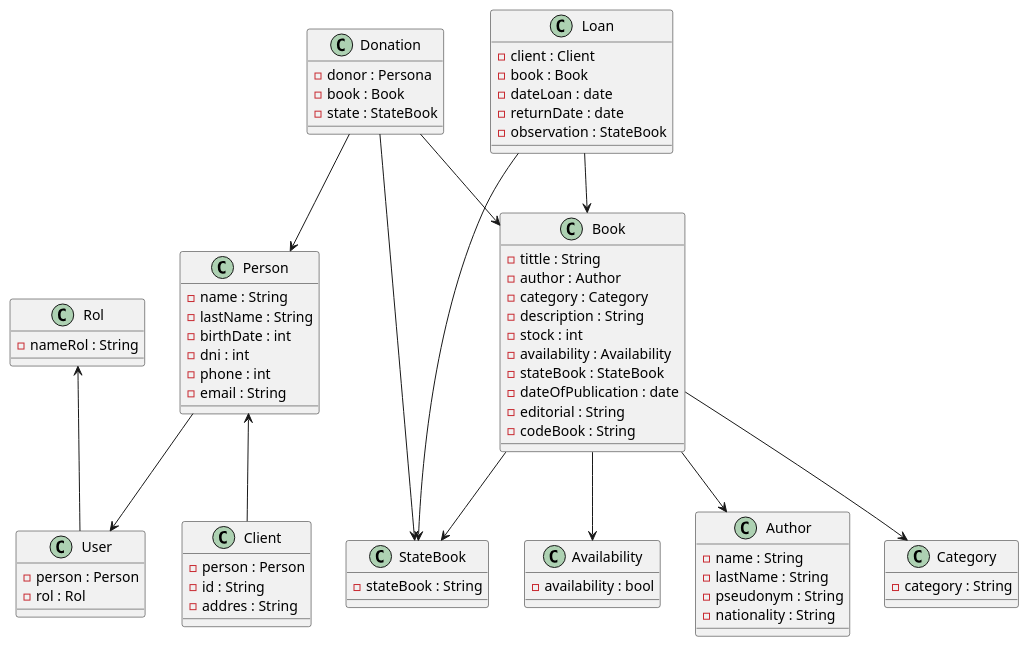
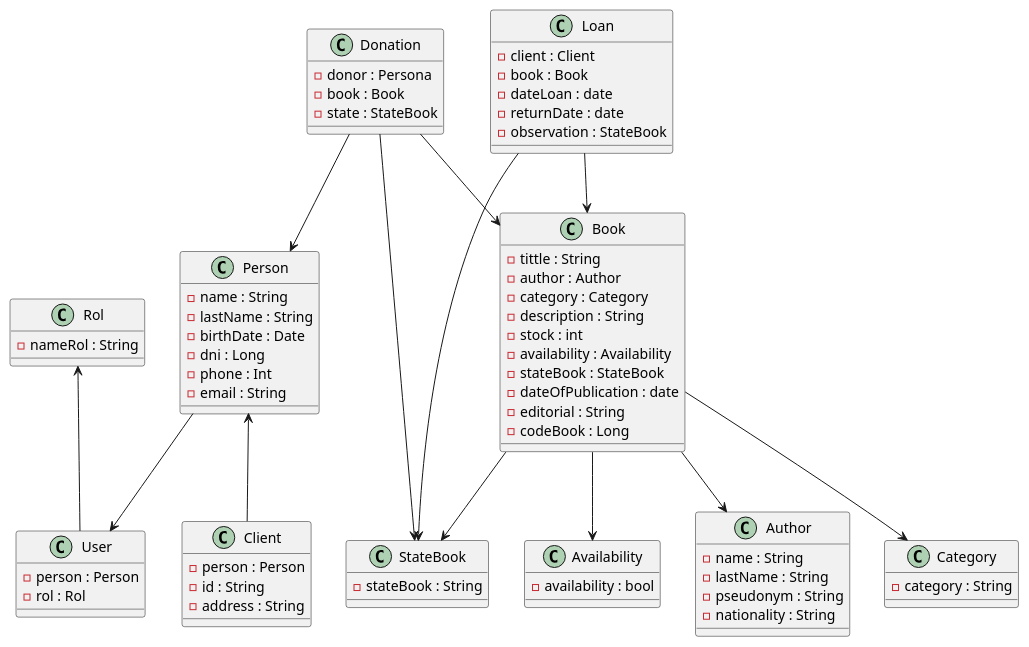
The diagram in der.plantuml (galiasmu/Our-library), drawn with PlantUML before and after one commit. The commit also changed 7 other files, not shown here.

```diff
--- a/der.plantuml
+++ b/der.plantuml
@@ -1,84 +1,84 @@
 @startuml library
 class Person{
     -name : String
     -lastName : String
-    -birthDate : int
-    -dni : int
-    -phone : int
+    -birthDate : Date
+    -dni : Long
+    -phone : Int
     -email : String
 }
 
 Class User{
      -person : Person
      -rol : Rol
 }
 
 Class Rol{
      -nameRol : String
 }
 
 Class Client{
      -person : Person
      -id : String
-     -addres : String
+     -address : String
 }
 
 Class Author{
      -name : String
      -lastName : String
      -pseudonym : String
      -nationality : String
 }
 
 Class Book{
      -tittle : String
      -author : Author
      -category : Category
      -description : String
      -stock : int
      -availability : Availability
      -stateBook : StateBook
      -dateOfPublication : date
      -editorial : String
-     -codeBook : String
+     -codeBook : Long
 }
 
 Class Category{
      -category : String
 }
 
 Class Loan{
      -client : Client
      -book : Book
      -dateLoan : date
      -returnDate : date
      -observation : StateBook
 }
 
 Class Donation{
      -donor : Persona
      -book : Book
      -state : StateBook
 }
 
 Class Availability{
      -availability : bool
 }
 
 Class StateBook{
      -stateBook : String
 }
 
 Person --> User
 Person <-- Client
 User -up-> Rol
 Book --> Author
 Book --> Category
 Book --> Availability
 Book --> StateBook
 Loan --> Book
 Loan --> StateBook
 Donation --> Book
 Donation --> Person
 Donation --> StateBook
 @enduml
```
